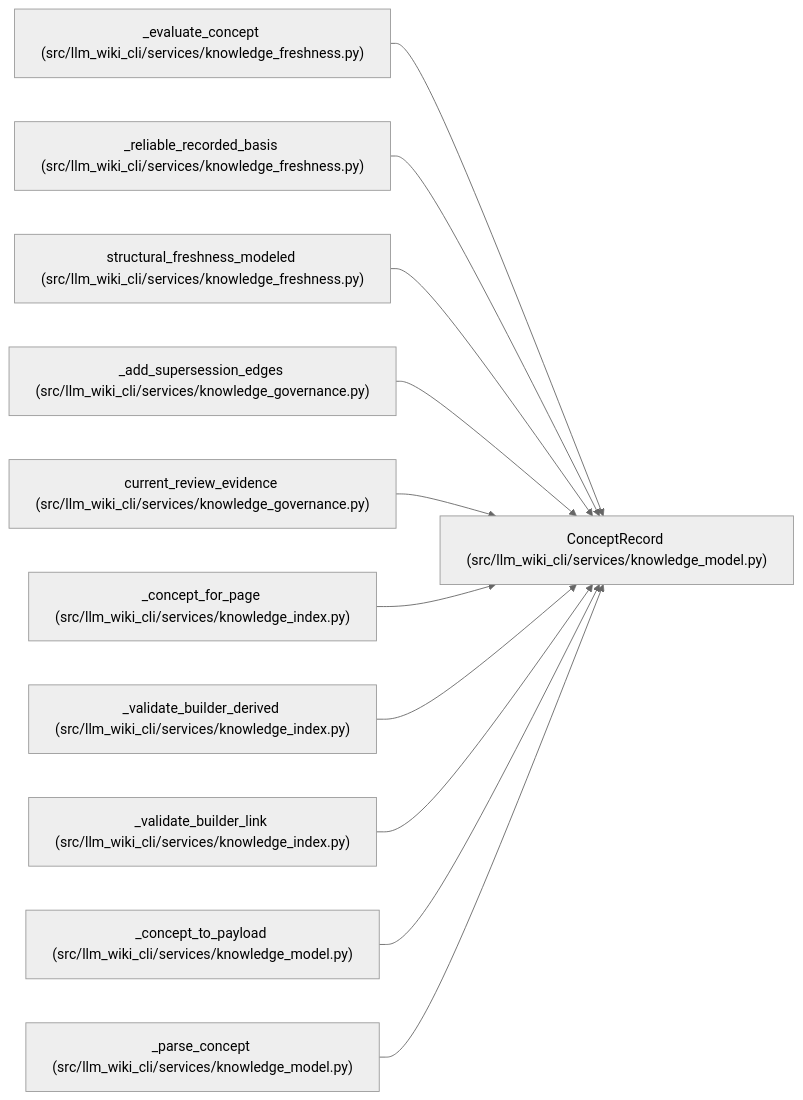
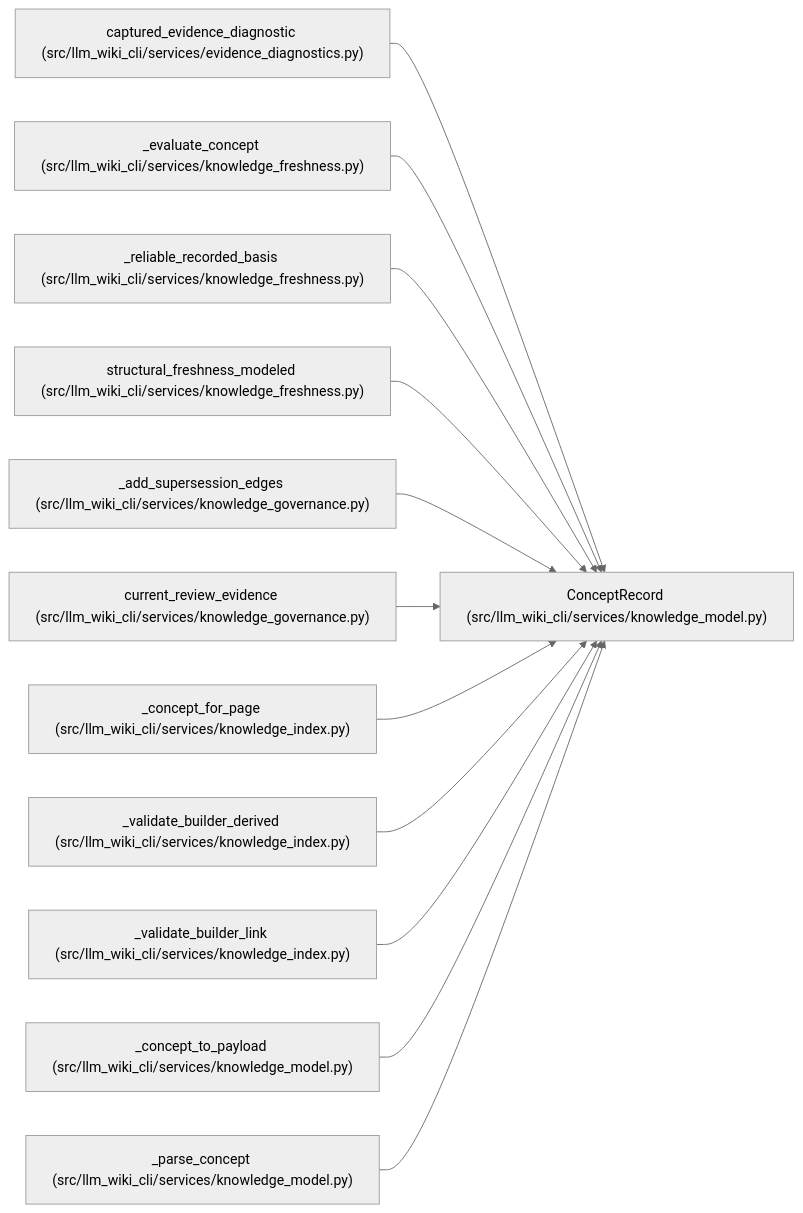
One commit to Denissvgn/python-wiki-llm changed the diagram in docs/llm_wiki/entities/ConceptRecord.md. Above: the diagram before and after it, drawn with Mermaid (neutral theme). The commit also changed other lines of this file and 775 other files, not shown here.

````diff
--- a/docs/llm_wiki/entities/ConceptRecord.md
+++ b/docs/llm_wiki/entities/ConceptRecord.md
@@ -33,35 +33,38 @@
 ```mermaid
 flowchart LR
     n0["ConceptRecord (src/llm_wiki_cli/services/knowledge_model.py)"]
-    n1["_evaluate_concept (src/llm_wiki_cli/services/knowledge_freshness.py)"]
-    n2["_reliable_recorded_basis (src/llm_wiki_cli/services/knowledge_freshness.py)"]
-    n3["structural_freshness_modeled (src/llm_wiki_cli/services/knowledge_freshness.py)"]
-    n4["_add_supersession_edges (src/llm_wiki_cli/services/knowledge_governance.py)"]
-    n5["current_review_evidence (src/llm_wiki_cli/services/knowledge_governance.py)"]
-    n6["_concept_for_page (src/llm_wiki_cli/services/knowledge_index.py)"]
-    n7["_validate_builder_derived (src/llm_wiki_cli/services/knowledge_index.py)"]
-    n8["_validate_builder_link (src/llm_wiki_cli/services/knowledge_index.py)"]
-    n9["_concept_to_payload (src/llm_wiki_cli/services/knowledge_model.py)"]
-    n10["_parse_concept (src/llm_wiki_cli/services/knowledge_model.py)"]
+    n1["captured_evidence_diagnostic (src/llm_wiki_cli/services/evidence_diagnostics.py)"]
+    n2["_evaluate_concept (src/llm_wiki_cli/services/knowledge_freshness.py)"]
+    n3["_reliable_recorded_basis (src/llm_wiki_cli/services/knowledge_freshness.py)"]
+    n4["structural_freshness_modeled (src/llm_wiki_cli/services/knowledge_freshness.py)"]
+    n5["_add_supersession_edges (src/llm_wiki_cli/services/knowledge_governance.py)"]
+    n6["current_review_evidence (src/llm_wiki_cli/services/knowledge_governance.py)"]
+    n7["_concept_for_page (src/llm_wiki_cli/services/knowledge_index.py)"]
+    n8["_validate_builder_derived (src/llm_wiki_cli/services/knowledge_index.py)"]
+    n9["_validate_builder_link (src/llm_wiki_cli/services/knowledge_index.py)"]
+    n10["_concept_to_payload (src/llm_wiki_cli/services/knowledge_model.py)"]
+    n11["_parse_concept (src/llm_wiki_cli/services/knowledge_model.py)"]
     n1 --> n0
     n2 --> n0
     n3 --> n0
     n4 --> n0
     n5 --> n0
     n6 --> n0
     n7 --> n0
     n8 --> n0
     n9 --> n0
     n10 --> n0
+    n11 --> n0
     click n0 "../modules/knowledge_model.md"
-    click n1 "../modules/knowledge_freshness.md"
+    click n1 "../modules/evidence_diagnostics.md"
     click n2 "../modules/knowledge_freshness.md"
     click n3 "../modules/knowledge_freshness.md"
-    click n4 "../modules/knowledge_governance.md"
+    click n4 "../modules/knowledge_freshness.md"
     click n5 "../modules/knowledge_governance.md"
-    click n6 "../modules/knowledge_index.md"
+    click n6 "../modules/knowledge_governance.md"
     click n7 "../modules/knowledge_index.md"
     click n8 "../modules/knowledge_index.md"
-    click n9 "../modules/knowledge_model.md"
+    click n9 "../modules/knowledge_index.md"
     click n10 "../modules/knowledge_model.md"
+    click n11 "../modules/knowledge_model.md"
 ```
````
